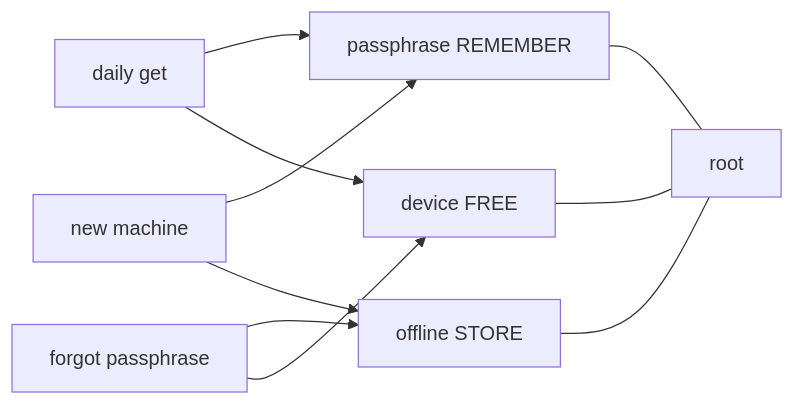
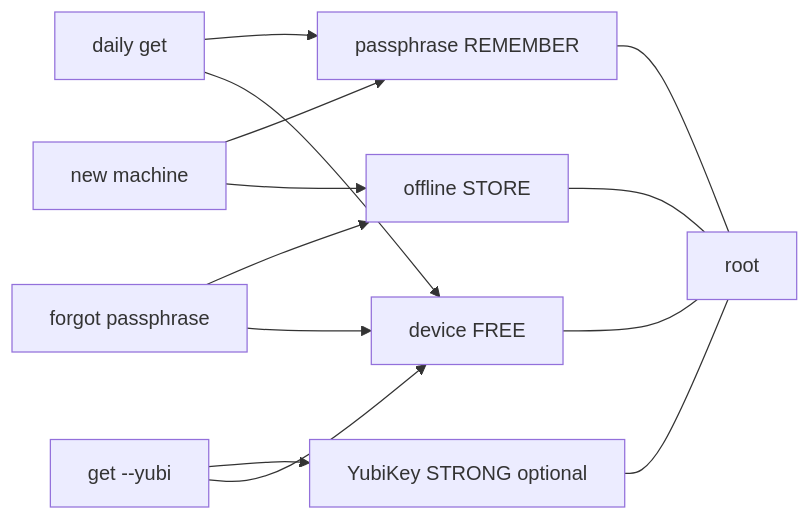
The diagram in modules/security/keeper/docs/OPERATOR-MODEL.md (p10ns11y/arch-machine), drawn with Mermaid before and after one commit. The commit also changed other lines of this file and 12 other files, not shown here.

First line of the commit message:
feat(keeper): strong YubiKey share-release factor (any-2-of-4)

````diff
--- a/modules/security/keeper/docs/OPERATOR-MODEL.md
+++ b/modules/security/keeper/docs/OPERATOR-MODEL.md
@@ -19,15 +21,19 @@
 ```mermaid
 flowchart LR
   P[passphrase REMEMBER]
   O[offline STORE]
   D[device FREE]
+  Y[YubiKey STRONG optional]
   P --- R[root]
   O --- R
   D --- R
+  Y --- R
   Daily[daily get] --> P
   Daily --> D
+  Strong[get --yubi] --> Y
+  Strong --> D
   Forgot[forgot passphrase] --> O
   Forgot --> D
   NewPC[new machine] --> P
   NewPC --> O
 ```
````
